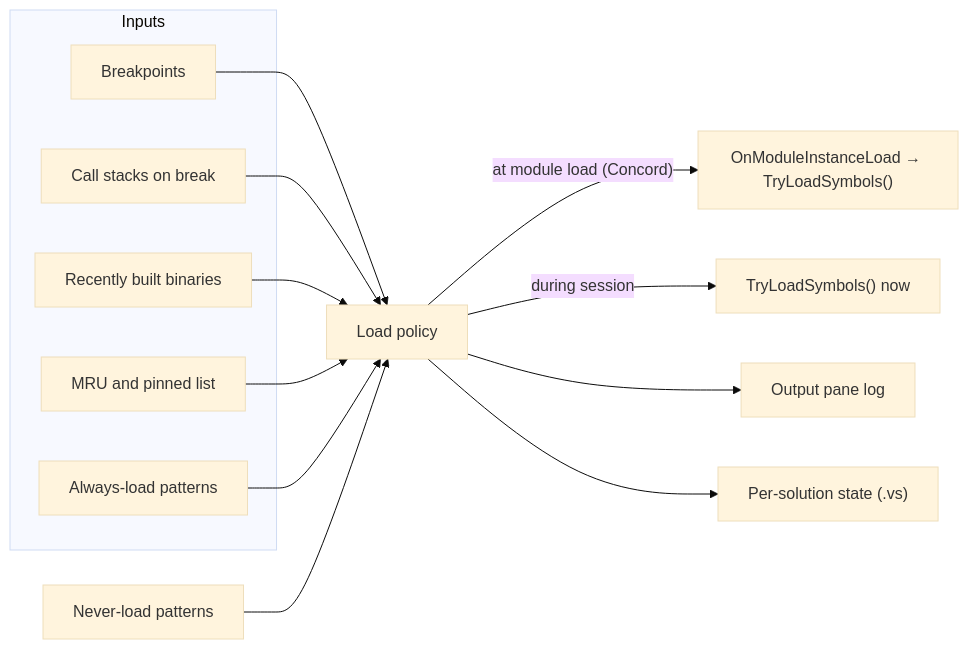
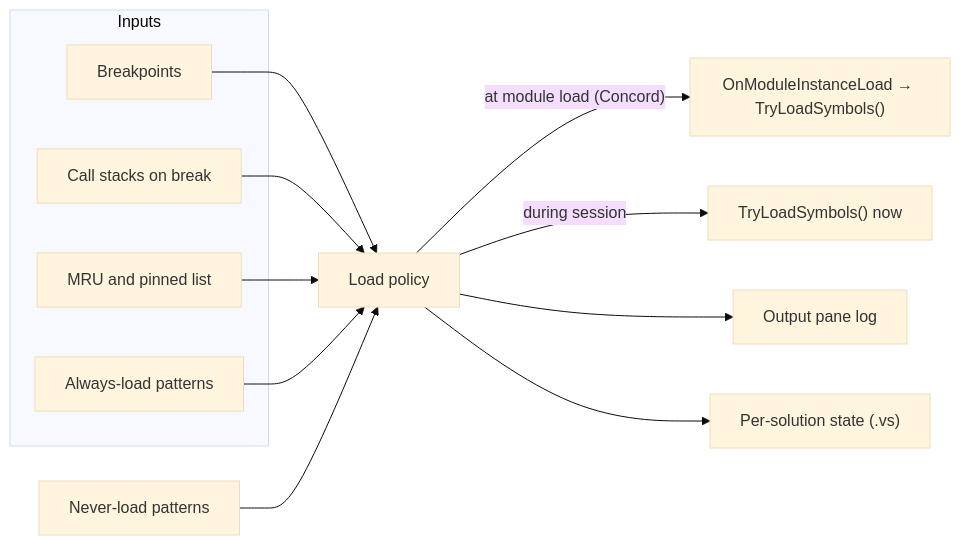
Before and after one commit to mattshepcar/VSOnDemandSymbols: the diagram in docs/SPEC.md, drawn with Mermaid (base theme). The commit also changed other lines of this file and 15 other files, not shown here.

First line of the commit message:
Remove RecentlyBuilt trigger and simplify load policy (D-16)

````diff
--- a/docs/SPEC.md
+++ b/docs/SPEC.md
@@ -64,20 +64,18 @@
 ```mermaid
 flowchart LR
     subgraph Inputs
         BP["Breakpoints"]
         CS["Call stacks on break"]
-        RB["Recently built binaries"]
         MRU["MRU and pinned list"]
         AL["Always-load patterns"]
     end
     BP --> POL["Load policy"]
     CS --> POL
-    RB --> POL
     MRU --> POL
     AL --> POL
     NL["Never-load patterns"] --> POL
     POL -->|"at module load (Concord)"| OML["OnModuleInstanceLoad → TryLoadSymbols()"]
     POL -->|"during session"| LS["TryLoadSymbols() now"]
     POL --> LOG["Output pane log"]
     POL --> STATE["Per-solution state (.vs)"]
 ```
````
